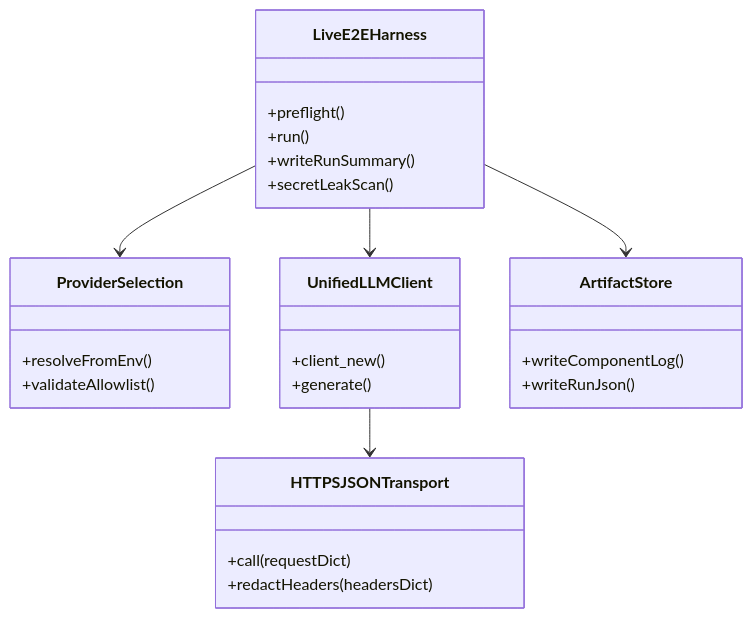
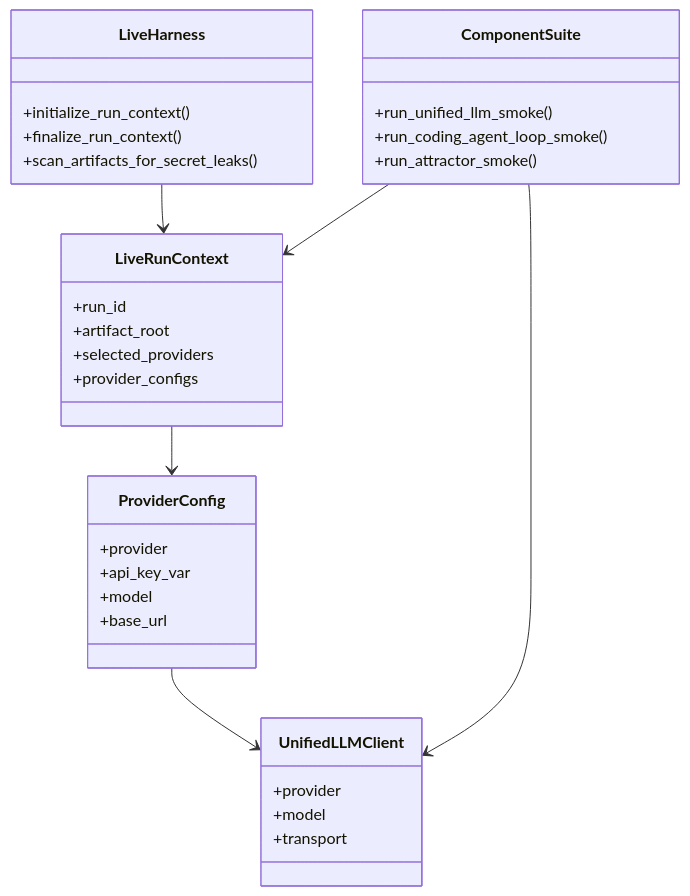
Before and after one commit to jaytaylor/attractor-tcl: the first of 5 diagrams in docs/sprints/SPRINT-004-comprehensive-implementation-plan.md, drawn with Mermaid. The commit also changed other lines of this file, not shown here.

````diff
--- a/docs/sprints/SPRINT-004-comprehensive-implementation-plan.md
+++ b/docs/sprints/SPRINT-004-comprehensive-implementation-plan.md
@@ -1625,30 +1739,40 @@
 ```mermaid
 classDiagram
-  class LiveE2EHarness {
-    +preflight()
-    +run()
-    +writeRunSummary()
-    +secretLeakScan()
-  }
-  class ProviderSelection {
-    +resolveFromEnv()
-    +validateAllowlist()
-  }
-  class UnifiedLLMClient {
-    +client_new()
-    +generate()
-  }
-  class HTTPSJSONTransport {
-    +call(requestDict)
-    +redactHeaders(headersDict)
-  }
-  class ArtifactStore {
-    +writeComponentLog()
-    +writeRunJson()
+  class LiveRunContext {
+    +run_id
+    +artifact_root
+    +selected_providers
+    +provider_configs
   }
 
-  LiveE2EHarness --> ProviderSelection
-  LiveE2EHarness --> ArtifactStore
-  LiveE2EHarness --> UnifiedLLMClient
-  UnifiedLLMClient --> HTTPSJSONTransport
+  class ProviderConfig {
+    +provider
+    +api_key_var
+    +model
+    +base_url
+  }
+
+  class UnifiedLLMClient {
+    +provider
+    +model
+    +transport
+  }
+
+  class LiveHarness {
+    +initialize_run_context()
+    +finalize_run_context()
+    +scan_artifacts_for_secret_leaks()
+  }
+
+  class ComponentSuite {
+    +run_unified_llm_smoke()
+    +run_coding_agent_loop_smoke()
+    +run_attractor_smoke()
+  }
+
+  LiveHarness --> LiveRunContext
+  LiveRunContext --> ProviderConfig
+  ProviderConfig --> UnifiedLLMClient
+  ComponentSuite --> UnifiedLLMClient
+  ComponentSuite --> LiveRunContext
 ```
````
